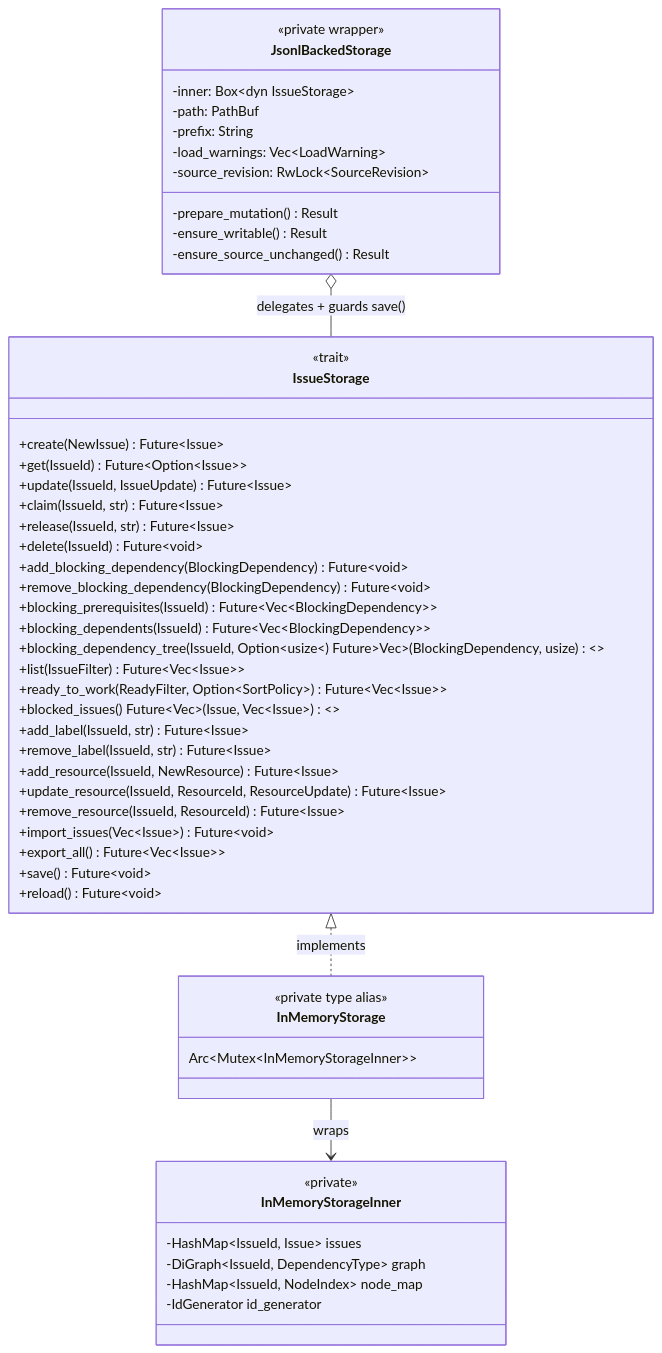
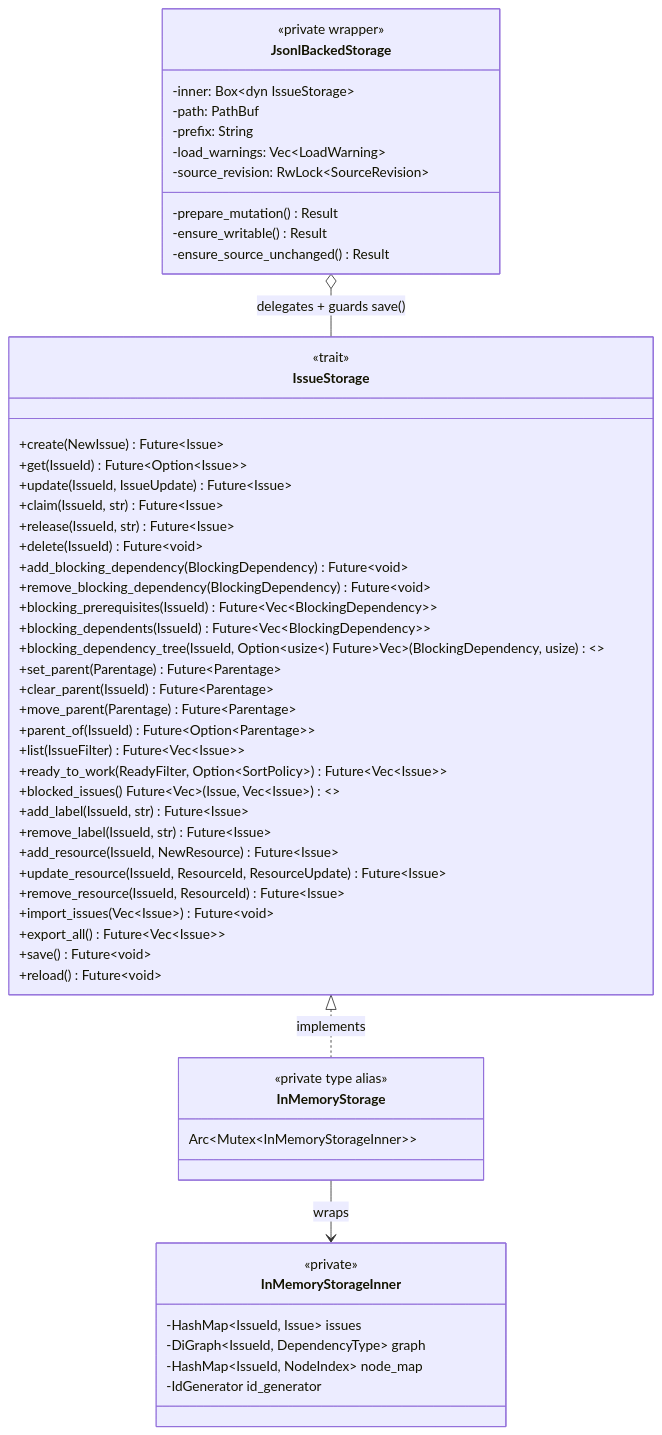
Before and after one commit to dwalleck/rivets: the first of 8 diagrams in docs/storage-architecture.md, drawn with Mermaid. The commit also changed other lines of this file and 13 other files, not shown here.

````diff
--- a/docs/storage-architecture.md
+++ b/docs/storage-architecture.md
@@ -7,58 +7,62 @@
 ```mermaid
 classDiagram
     class IssueStorage {
         <<trait>>
         +create(NewIssue) Future~Issue~
         +get(IssueId) Future~Option~Issue~~
         +update(IssueId, IssueUpdate) Future~Issue~
         +claim(IssueId, str) Future~Issue~
         +release(IssueId, str) Future~Issue~
         +delete(IssueId) Future~void~
         +add_blocking_dependency(BlockingDependency) Future~void~
         +remove_blocking_dependency(BlockingDependency) Future~void~
         +blocking_prerequisites(IssueId) Future~Vec~BlockingDependency~~
         +blocking_dependents(IssueId) Future~Vec~BlockingDependency~~
         +blocking_dependency_tree(IssueId, Option~usize~) Future~Vec~(BlockingDependency, usize)~~
+        +set_parent(Parentage) Future~Parentage~
+        +clear_parent(IssueId) Future~Parentage~
+        +move_parent(Parentage) Future~Parentage~
+        +parent_of(IssueId) Future~Option~Parentage~~
         +list(IssueFilter) Future~Vec~Issue~~
         +ready_to_work(ReadyFilter, Option~SortPolicy~) Future~Vec~Issue~~
         +blocked_issues() Future~Vec~(Issue, Vec~Issue~)~~
         +add_label(IssueId, str) Future~Issue~
         +remove_label(IssueId, str) Future~Issue~
         +add_resource(IssueId, NewResource) Future~Issue~
         +update_resource(IssueId, ResourceId, ResourceUpdate) Future~Issue~
         +remove_resource(IssueId, ResourceId) Future~Issue~
         +import_issues(Vec~Issue~) Future~void~
         +export_all() Future~Vec~Issue~~
         +save() Future~void~
         +reload() Future~void~
     }
 
     class InMemoryStorage {
         <<private type alias>>
         Arc~Mutex~InMemoryStorageInner~~
     }
 
     class InMemoryStorageInner {
         <<private>>
         -HashMap~IssueId, Issue~ issues
         -DiGraph~IssueId, DependencyType~ graph
         -HashMap~IssueId, NodeIndex~ node_map
         -IdGenerator id_generator
     }
 
     class JsonlBackedStorage {
         <<private wrapper>>
         -inner: Box~dyn IssueStorage~
         -path: PathBuf
         -prefix: String
         -load_warnings: Vec~LoadWarning~
         -source_revision: RwLock~SourceRevision~
         -prepare_mutation() Result
         -ensure_writable() Result
         -ensure_source_unchanged() Result
     }
 
     IssueStorage <|.. InMemoryStorage : implements
     InMemoryStorage --> InMemoryStorageInner : wraps
     JsonlBackedStorage o-- IssueStorage : delegates + guards save()
 ```
````
